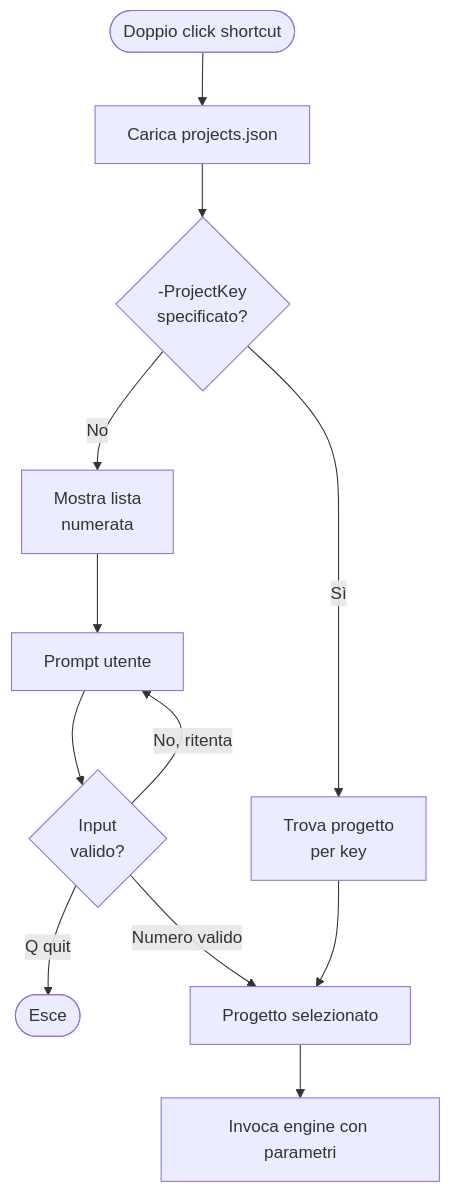
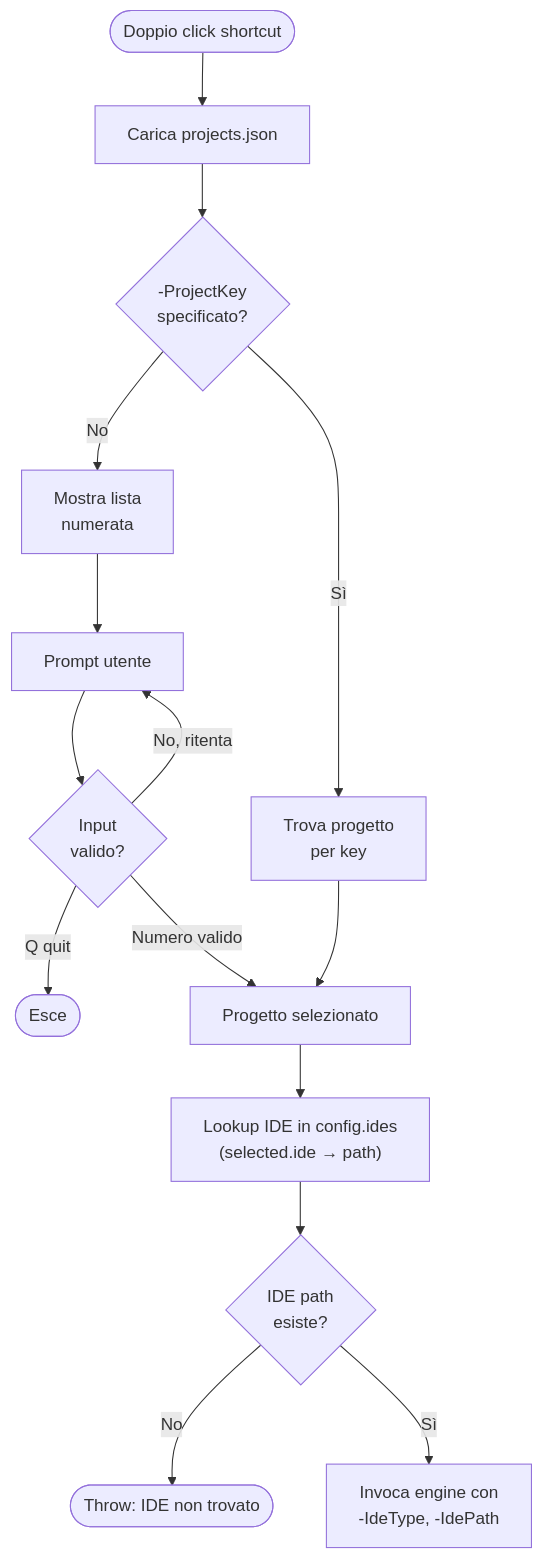
Diagram 13 of 21 in docs/DOCUMENTATION.md (gargiolastech-core/gargiolastech-ai-tooling), drawn with Mermaid before and after one commit. The commit also changed other lines of this file, not shown here.

Commit message:
docs: Comprehensive update of `DOCUMENTATION.md` for v2.0 multi-IDE support

````diff
--- a/docs/DOCUMENTATION.md
+++ b/docs/DOCUMENTATION.md
@@ -1354,14 +1399,17 @@
 ```mermaid
 flowchart TB
     Start([Doppio click shortcut]) --> Load["Carica projects.json"]
     Load --> Check{"-ProjectKey<br/>specificato?"}
     Check -->|Sì| FindByKey["Trova progetto<br/>per key"]
     Check -->|No| ShowList["Mostra lista<br/>numerata"]
     ShowList --> Prompt["Prompt utente"]
     Prompt --> Input{"Input<br/>valido?"}
     Input -->|No, ritenta| Prompt
     Input -->|Q quit| Exit([Esce])
     Input -->|Numero valido| Selected["Progetto selezionato"]
     FindByKey --> Selected
-    Selected --> Engine["Invoca engine con parametri"]
+    Selected --> ResolveIde["Lookup IDE in config.ides<br/>(selected.ide → path)"]
+    ResolveIde --> ValidateIde{"IDE path<br/>esiste?"}
+    ValidateIde -->|No| FailIde([Throw: IDE non trovato])
+    ValidateIde -->|Sì| Engine["Invoca engine con<br/>-IdeType, -IdePath"]
 ```
````
